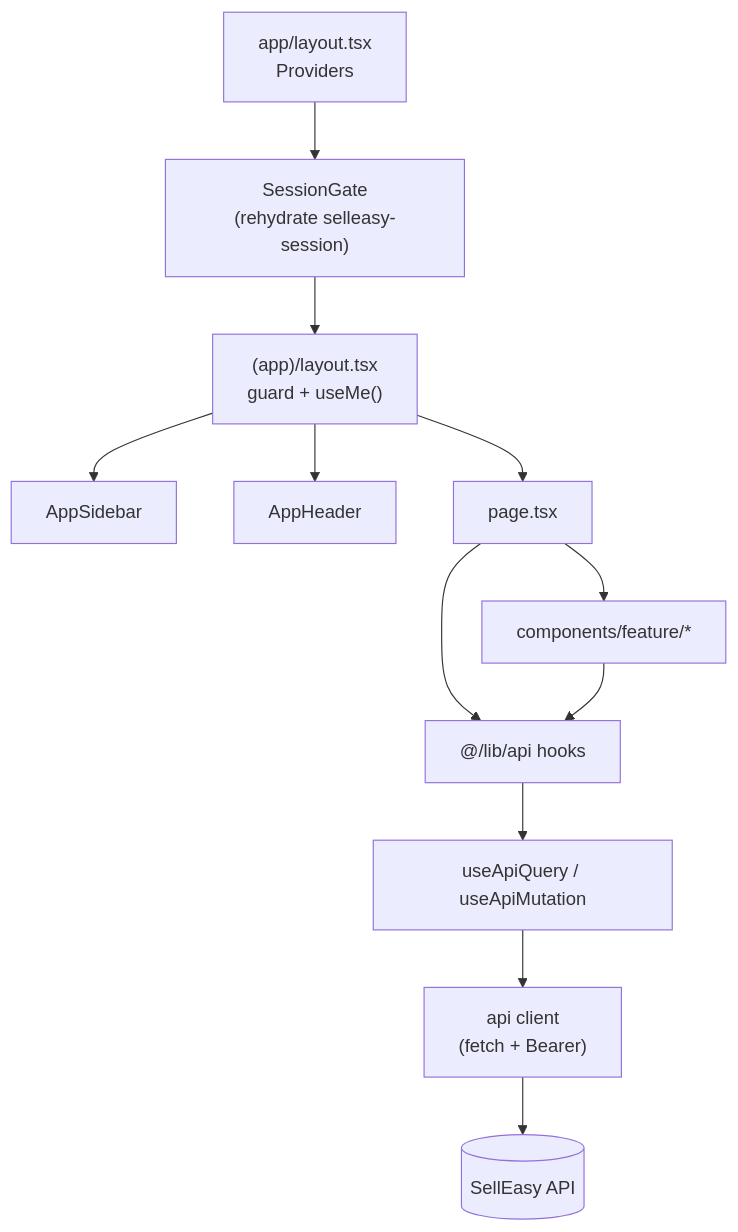
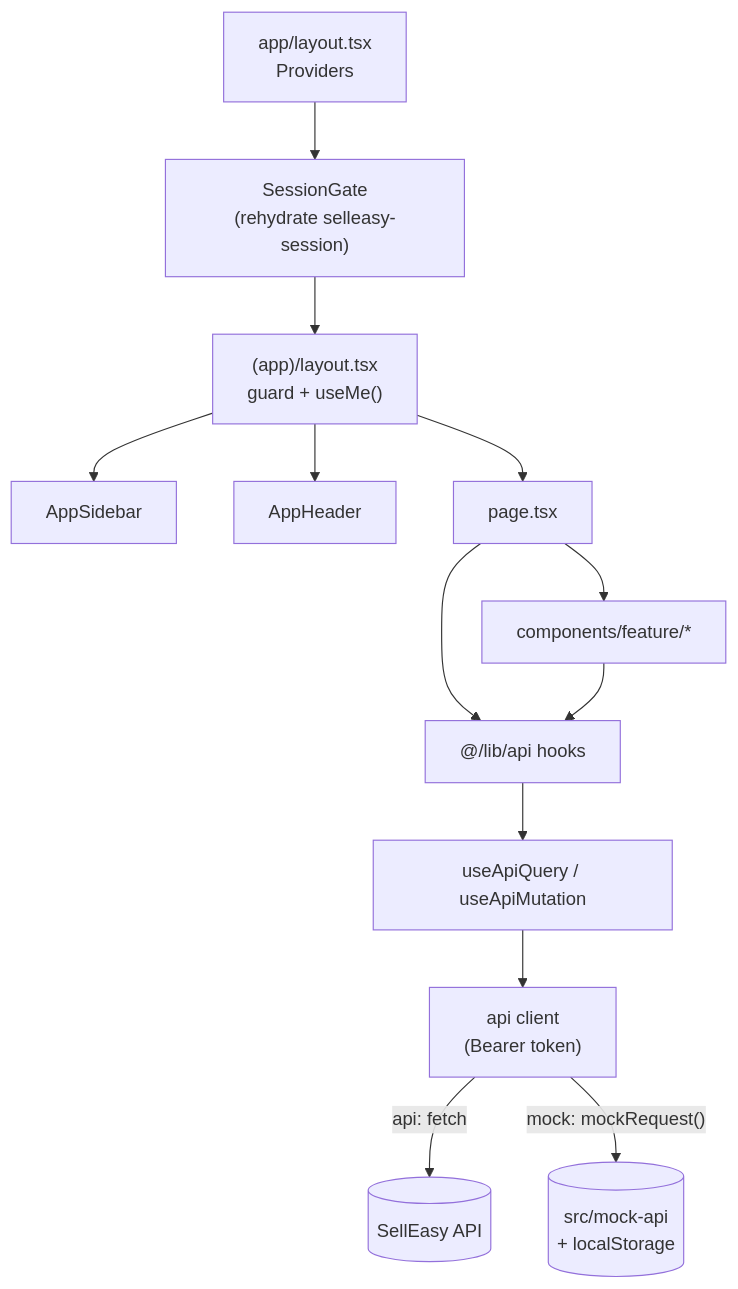
One commit to adarsh-dev-hs/sell-easy-docs changed the diagram in content/docs/engineering/frontend/index.mdx. Above: the diagram before and after it, drawn with Mermaid. The commit also changed other lines of this file and 56 other files, not shown here.

````diff
--- a/content/docs/engineering/frontend/index.mdx
+++ b/content/docs/engineering/frontend/index.mdx
@@ -102,12 +115,13 @@
 ```mermaid
 flowchart TD
   L["app/layout.tsx<br/>Providers"] --> G["SessionGate<br/>(rehydrate selleasy-session)"]
   G --> P["(app)/layout.tsx<br/>guard + useMe()"]
   P --> S[AppSidebar] & H[AppHeader] & M["page.tsx"]
   M --> C["components/feature/*"]
   M --> K["@/lib/api hooks"]
   C --> K
   K --> Q["useApiQuery / useApiMutation"]
-  Q --> A["api client<br/>(fetch + Bearer)"]
-  A --> API[("SellEasy API")]
+  Q --> A["api client<br/>(Bearer token)"]
+  A -->|"api: fetch"| API[("SellEasy API")]
+  A -->|"mock: mockRequest()"| MOCK[("src/mock-api<br/>+ localStorage")]
 ```
````
